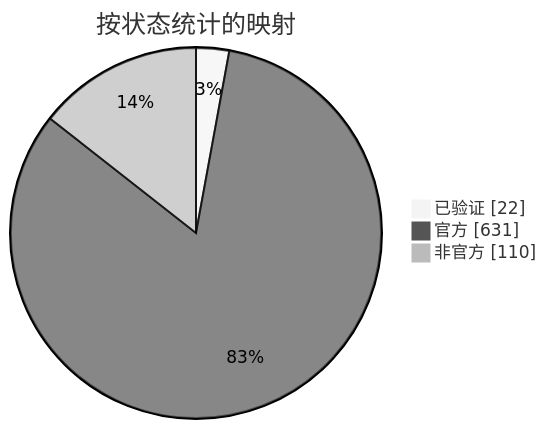
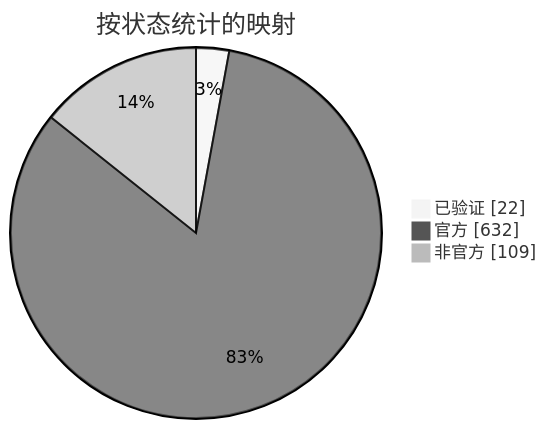
The diagram in docs/readme/README_ZHS.md (nobrega8/mbmap-library), drawn with Mermaid (neutral theme) before and after one commit. The commit also changed 6 other files, not shown here.

````diff
--- a/docs/readme/README_ZHS.md
+++ b/docs/readme/README_ZHS.md
@@ -54,7 +54,7 @@
 ```mermaid
 pie showData
     title 按状态统计的映射
     "已验证" : 22
-    "官方" : 631
-    "非官方" : 110
+    "官方" : 632
+    "非官方" : 109
 ```
````
